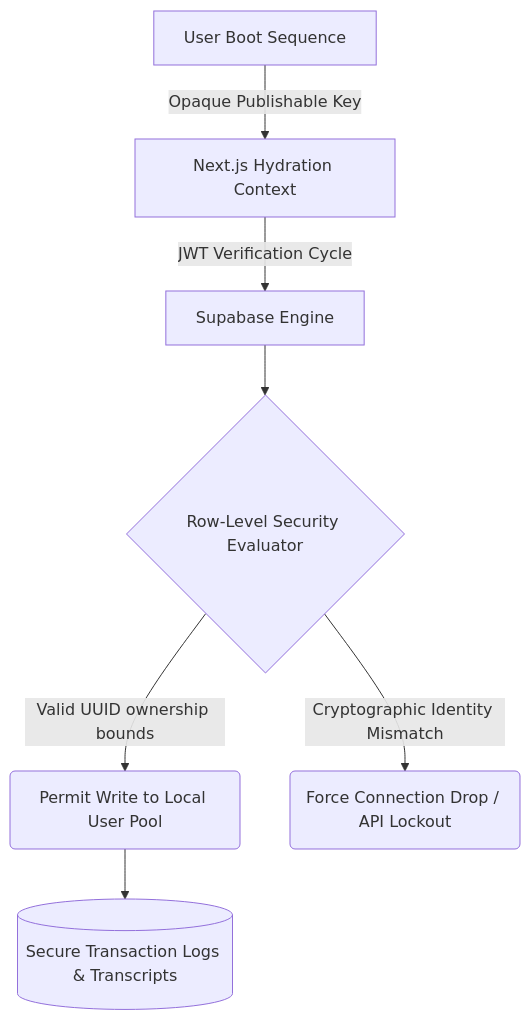
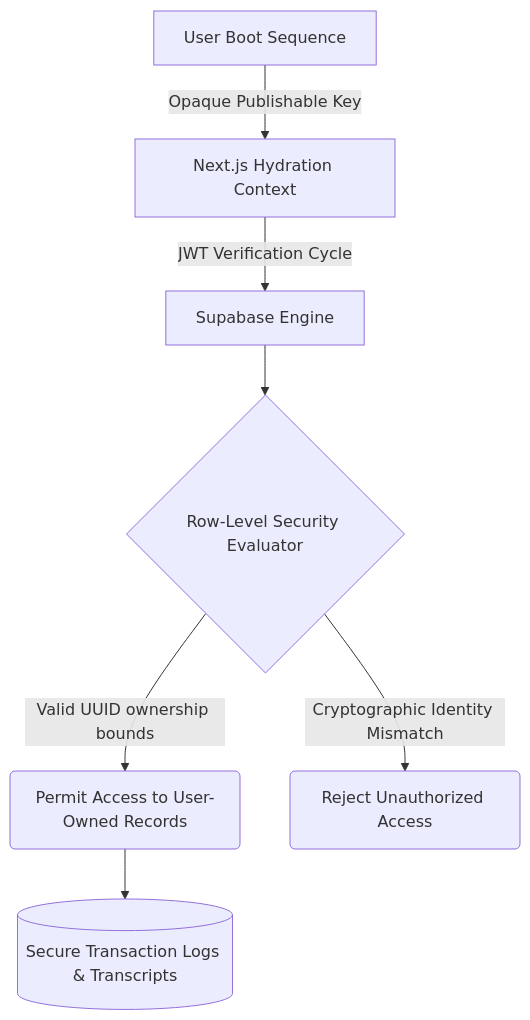
One commit to ziademad02153/ZEDX-AI-Assistant changed the fourth of 4 diagrams in README.md. Above: the diagram before and after it, drawn with Mermaid. The commit also changed other lines of this file, not shown here.

````diff
--- a/README.md
+++ b/README.md
@@ -155,11 +155,11 @@
 ```mermaid
 flowchart TD
     US[User Boot Sequence] -->|Opaque Publishable Key| NEXT[Next.js Hydration Context]
     NEXT -->|JWT Verification Cycle| SUPA[Supabase Engine]
     SUPA --> RLS{Row-Level Security Evaluator}
     
-    RLS -- Valid UUID ownership bounds --> ALLOW(Permit Write to Local User Pool)
-    RLS -- Cryptographic Identity Mismatch --> DENY(Force Connection Drop / API Lockout)
+    RLS -- Valid UUID ownership bounds --> ALLOW(Permit Access to User-Owned Records)
+    RLS -- Cryptographic Identity Mismatch --> DENY(Reject Unauthorized Access)
 
     ALLOW --> DB[(Secure Transaction Logs & Transcripts)]
 ```
````
